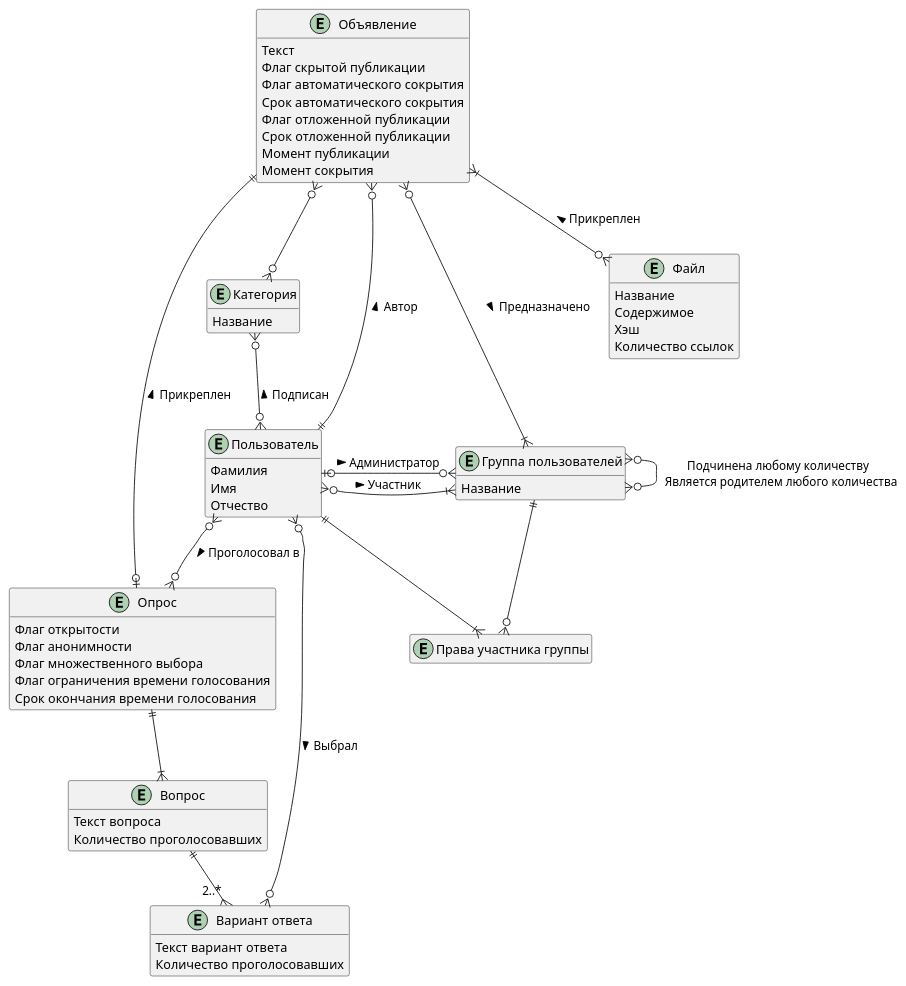
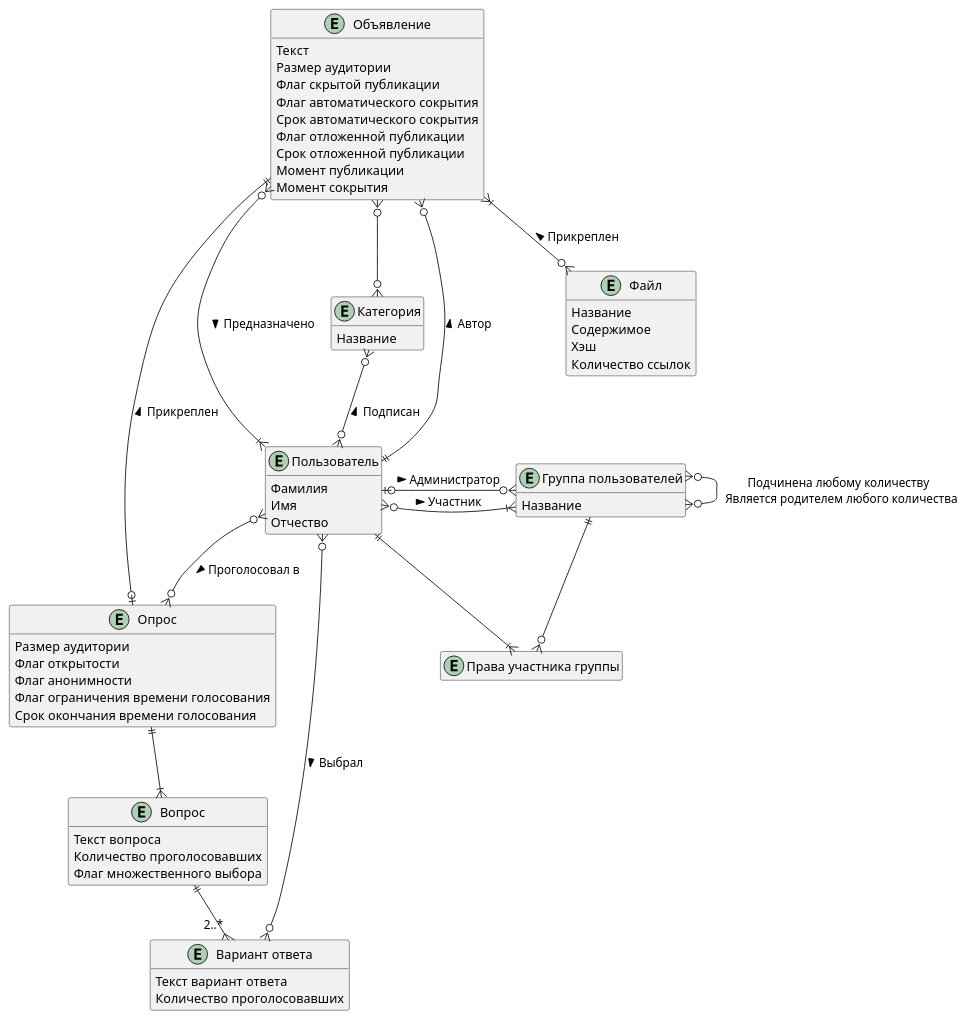
Before and after one commit to astu-app/ASTU-Bulletin-Board-Server: the diagram in doc/Диаграммы/er.puml, drawn with PlantUML. The commit also changed 4 other files, not shown here.

Commit message:
1. Объявление публикуется не для групп пользователей, а для пользователей 2. Объявление и опрос теперь содержат размер аудитории 3. Множественный выбор переносится вниз - на уровень вопроса 4. Другие мелкие правки в описании вариантов использования 5. Временно добавил старый файл с типами объявлений

```diff
--- a/doc/Диаграммы/er.puml
+++ b/doc/Диаграммы/er.puml
@@ -1,76 +1,78 @@
 @startuml
 'https://plantuml.com/class-diagram
 
 hide methods
 
 entity "Пользователь" as user {
     Фамилия
     Имя
     Отчество
 }
 
 entity "Объявление" as announcement { 
     Текст
+    Размер аудитории
     Флаг скрытой публикации
     Флаг автоматического сокрытия
     Срок автоматического сокрытия
     Флаг отложенной публикации
     Срок отложенной публикации
     Момент публикации
     Момент сокрытия
 }
 announcement }o--|| user : < Автор
+announcement }o--|{ user : > Предназначено
 
 entity "Категория" as category {
     Название
 }
 announcement }o--o{ category
 user }o-up-o{ category : > Подписан
 
 entity "Файл" as attachedFile { 
     Название
     Содержимое
     Хэш
     Количество ссылок
 }
 announcement }|--o{ attachedFile : < Прикреплен
 
 entity "Опрос" as survey {
+    Размер аудитории
     Флаг открытости
     Флаг анонимности
-    Флаг множественного выбора
     Флаг ограничения времени голосования
     Срок окончания времени голосования
 }
 announcement ||--o| survey : < Прикреплен
 user }o--o{ survey : > Проголосовал в
 
 entity "Вопрос" as question {
     Текст вопроса
     Количество проголосовавших
+    Флаг множественного выбора
 }
 survey ||--|{ question
 
 entity "Вариант ответа" as answer {
     Текст вариант ответа
     Количество проголосовавших
 }
 question ||--{ "2..*" answer
 user }o--o{ answer : > Выбрал
 
 entity "Группа пользователей" as userGroup { 
     Название
 }
-announcement }o--|{ userGroup : > Предназначено
 user }o--|{ userGroup : > Участник
 user |o-right-o{ userGroup : > Администратор
 userGroup }o--o{ userGroup : Подчинена любому количеству \n Является родителем любого количества
 
 entity "Права участника группы" as memberRights {}
 hide memberRights members
 user ||--|{ memberRights
 userGroup ||--o{ memberRights
 
 
 
 @enduml
```
